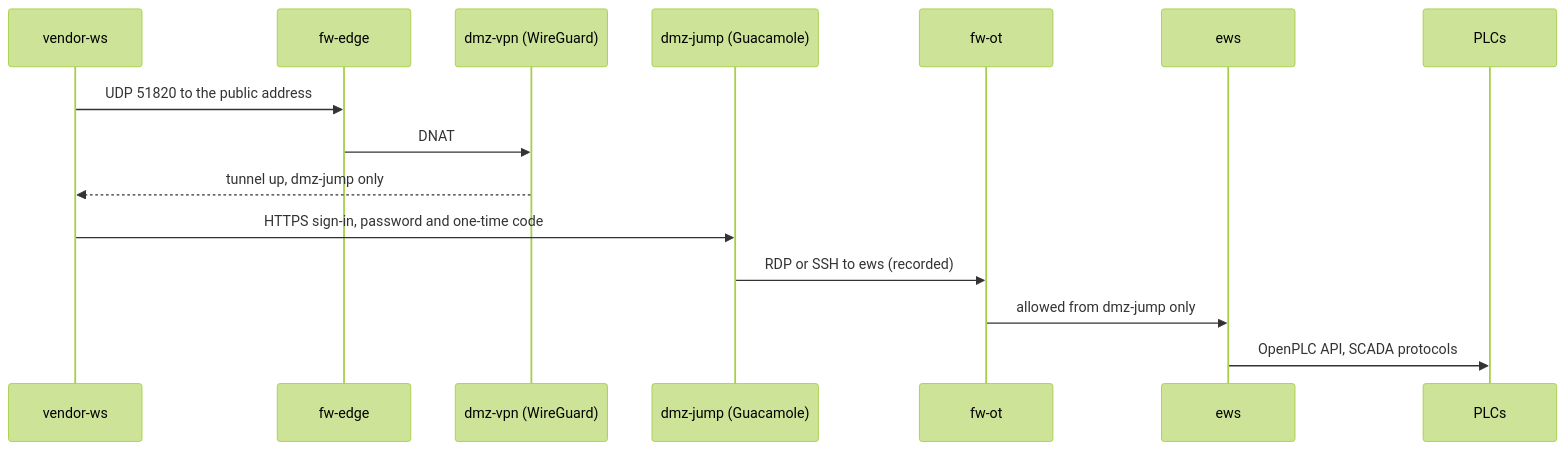
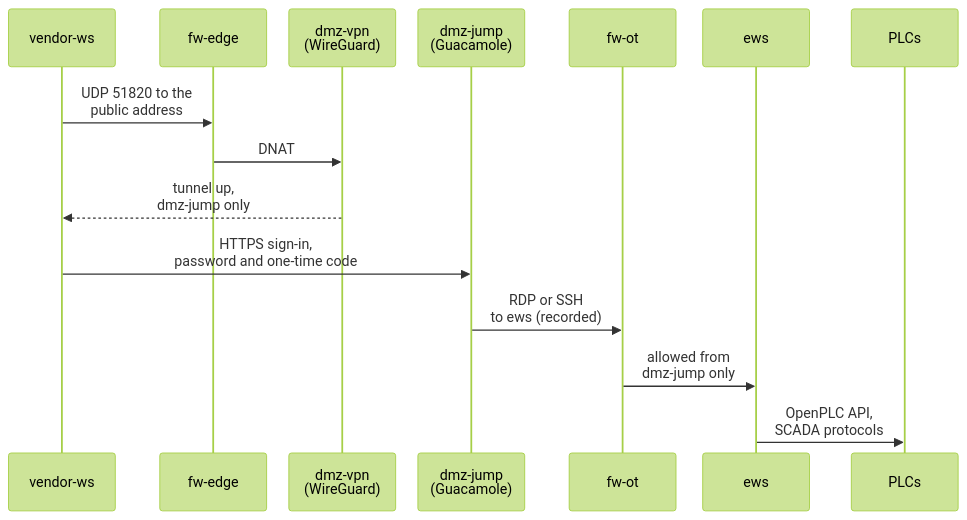
Diagram 14 of 16 in README.md (GhostofGoes/brew), drawn with Mermaid (forest theme) before and after one commit. The commit also changed other lines of this file and 1 other file, not shown here.

Commit message:
docs(cherrymountain): enlarge the text of the vendor-access sequence diagram and the batch Gantt chart
The sequence diagram in the README and DESIGN.md breaks its long labels over two lines and uses narrower participant boxes, and the Gantt chart sets larger fonts. On GitHub's renderer the text is now 12 to 13 pixels, from about 8. No participant, message, or task changed.

````diff
--- a/README.md
+++ b/README.md
@@ -654,17 +655,18 @@
 ```mermaid
+%%{init: {"sequence": {"width": 120, "actorMargin": 25, "boxMargin": 6}}}%%
 sequenceDiagram
   participant V as vendor-ws
   participant E as fw-edge
-  participant W as dmz-vpn (WireGuard)
-  participant G as dmz-jump (Guacamole)
+  participant W as dmz-vpn<br/>(WireGuard)
+  participant G as dmz-jump<br/>(Guacamole)
   participant O as fw-ot
   participant S as ews
   participant P as PLCs
-  V->>E: UDP 51820 to the public address
+  V->>E: UDP 51820 to the<br/>public address
   E->>W: DNAT
-  W-->>V: tunnel up, dmz-jump only
-  V->>G: HTTPS sign-in, password and one-time code
-  G->>O: RDP or SSH to ews (recorded)
-  O->>S: allowed from dmz-jump only
-  S->>P: OpenPLC API, SCADA protocols
+  W-->>V: tunnel up,<br/>dmz-jump only
+  V->>G: HTTPS sign-in,<br/>password and one-time code
+  G->>O: RDP or SSH<br/>to ews (recorded)
+  O->>S: allowed from<br/>dmz-jump only
+  S->>P: OpenPLC API,<br/>SCADA protocols
 ```
````
